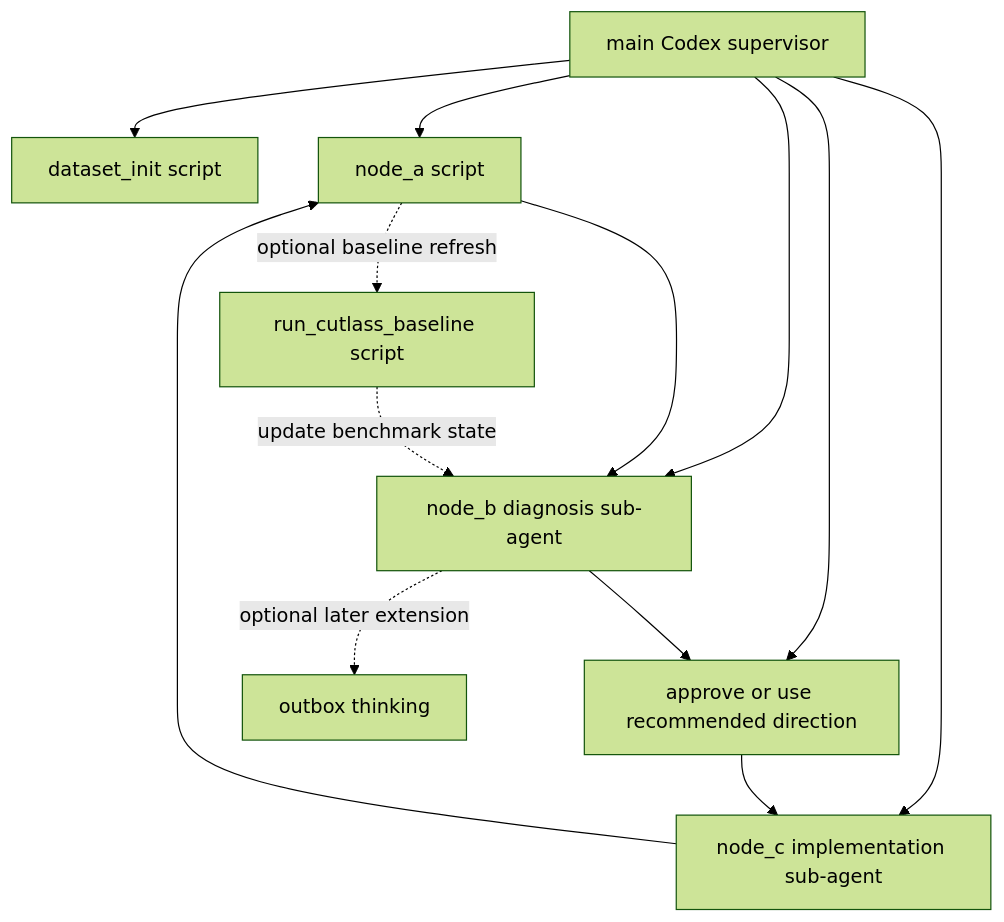
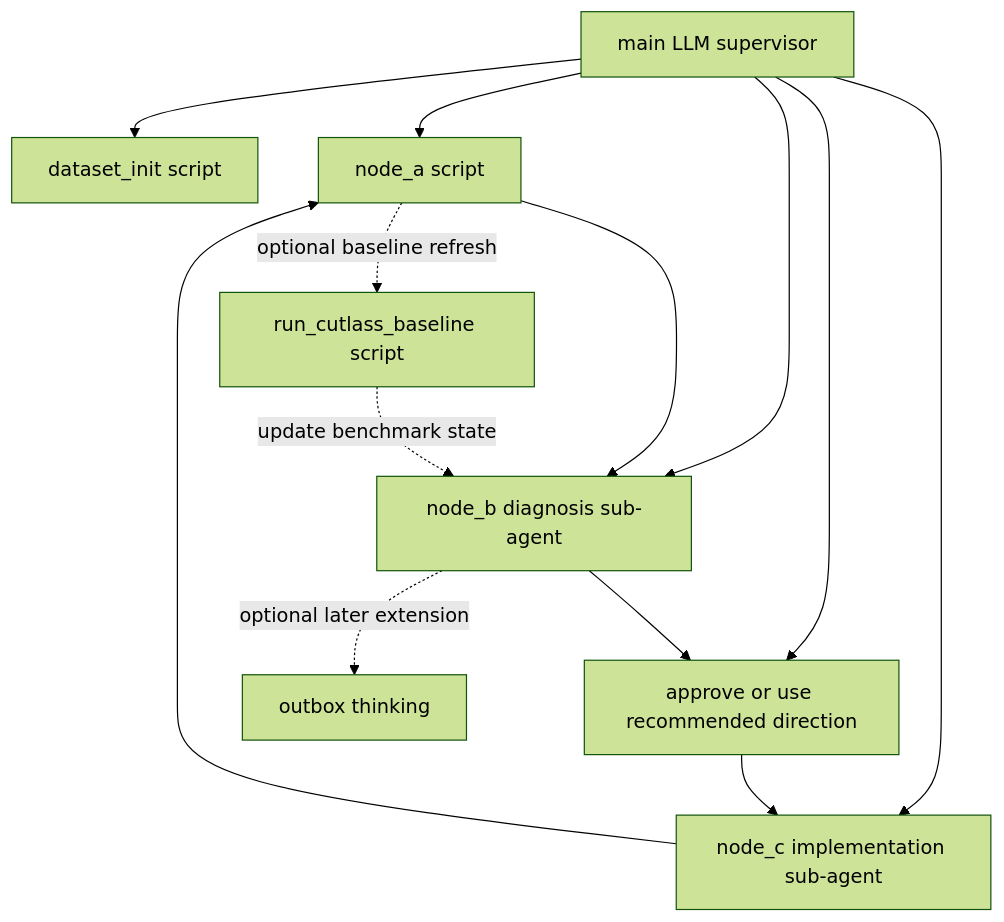
One commit to YupengHan/matmul_optimizer changed the diagram in docs/pipeline_graph.md. Above: the diagram before and after it, drawn with Mermaid (forest theme). The commit also changed other lines of this file and 12 other files, not shown here.

````diff
--- a/docs/pipeline_graph.md
+++ b/docs/pipeline_graph.md
@@ -30,17 +30,17 @@
 ```mermaid
 flowchart TD
-    SUP[main Codex supervisor] --> D0[dataset_init script]
+    SUP[main LLM supervisor] --> D0[dataset_init script]
     SUP --> A[node_a script]
     SUP --> B[node_b diagnosis sub-agent]
     SUP --> SEL[approve or use recommended direction]
     SUP --> C[node_c implementation sub-agent]
     A --> B
     B --> SEL
     SEL --> C
     C --> A
 
     A -. optional baseline refresh .-> CUTLASS[run_cutlass_baseline script]
     CUTLASS -. update benchmark state .-> B
 
     B -. optional later extension .-> OUTBOX[outbox thinking]
 ```
````
